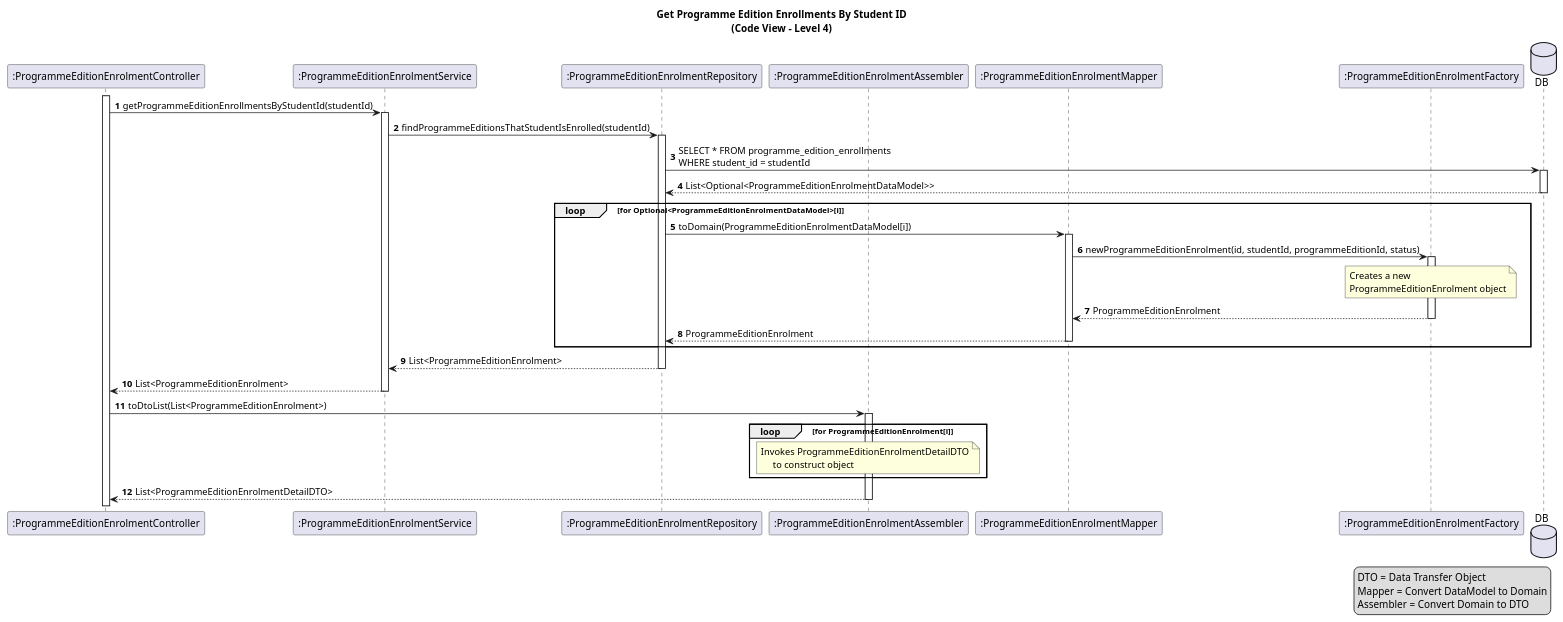
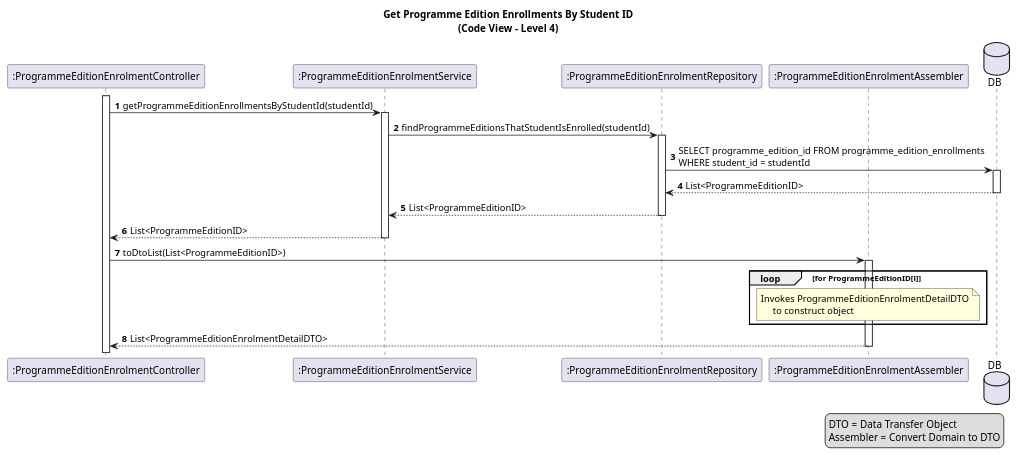
The diagram in docs/US16/sprint6_RestController/process_view/references/GetProgrammeEditionsByStudentId.puml (GasparISEP/DevOps-PAI), drawn with PlantUML before and after one commit.

Commit message:
cocs(diagram): Update GetProgrammeEditionsByStudentId.puml to simplify data retrieval and adjust flow for ProgrammeEditionID refs #589 #500

```diff
--- a/docs/US16/sprint6_RestController/process_view/references/GetProgrammeEditionsByStudentId.puml
+++ b/docs/US16/sprint6_RestController/process_view/references/GetProgrammeEditionsByStudentId.puml
@@ -1,50 +1,36 @@
 @startuml
 title: Get Programme Edition Enrollments By Student ID\n(Code View - Level 4)
 
 autonumber
 
 participant ":ProgrammeEditionEnrolmentController" as peeCtrl
 activate peeCtrl
 participant ":ProgrammeEditionEnrolmentService" as peeService
 participant ":ProgrammeEditionEnrolmentRepository" as peeRepo
 participant ":ProgrammeEditionEnrolmentAssembler" as peeAssembler
-participant ":ProgrammeEditionEnrolmentMapper" as peeMapper
-participant ":ProgrammeEditionEnrolmentFactory" as peeFactory
 database DB
 
 peeCtrl -> peeService ++: getProgrammeEditionEnrollmentsByStudentId(studentId)
 peeService -> peeRepo ++: findProgrammeEditionsThatStudentIsEnrolled(studentId)
-peeRepo -> DB ++: SELECT * FROM programme_edition_enrollments\nWHERE student_id = studentId
-DB --> peeRepo --: List<Optional<ProgrammeEditionEnrolmentDataModel>>
+peeRepo -> DB ++: SELECT programme_edition_id FROM programme_edition_enrollments\nWHERE student_id = studentId
+DB --> peeRepo --: List<ProgrammeEditionID>
 
-loop for Optional<ProgrammeEditionEnrolmentDataModel>[i]
-    peeRepo -> peeMapper ++: toDomain(ProgrammeEditionEnrolmentDataModel[i])
-    peeMapper -> peeFactory ++: newProgrammeEditionEnrolment(id, studentId, programmeEditionId, status)
-    note over of peeFactory
-        Creates a new
-        ProgrammeEditionEnrolment object
-    end note
-    peeFactory --> peeMapper --: ProgrammeEditionEnrolment
-    peeMapper --> peeRepo --: ProgrammeEditionEnrolment
-end
+peeRepo --> peeService --: List<ProgrammeEditionID>
+peeService --> peeCtrl --: List<ProgrammeEditionID>
 
-peeRepo --> peeService --: List<ProgrammeEditionEnrolment>
-peeService --> peeCtrl --: List<ProgrammeEditionEnrolment>
+peeCtrl -> peeAssembler ++: toDtoList(List<ProgrammeEditionID>)
 
-peeCtrl -> peeAssembler ++: toDtoList(List<ProgrammeEditionEnrolment>)
-
-loop for ProgrammeEditionEnrolment[i]
+loop for ProgrammeEditionID[i]
     note over of peeAssembler
         Invokes ProgrammeEditionEnrolmentDetailDTO
              to construct object
     end note
 end
 peeAssembler --> peeCtrl --: List<ProgrammeEditionEnrolmentDetailDTO>
 
 legend right
   DTO = Data Transfer Object
-  Mapper = Convert DataModel to Domain
   Assembler = Convert Domain to DTO
 end legend
 
 @enduml 
```
